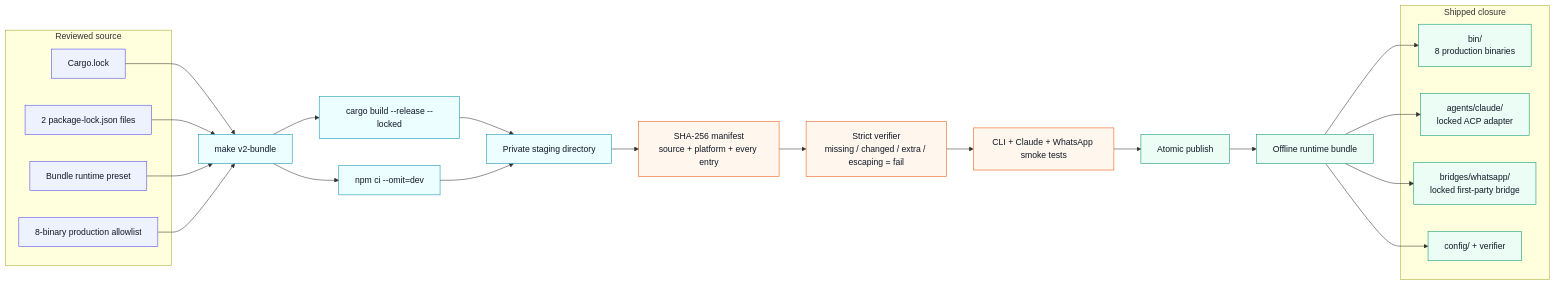
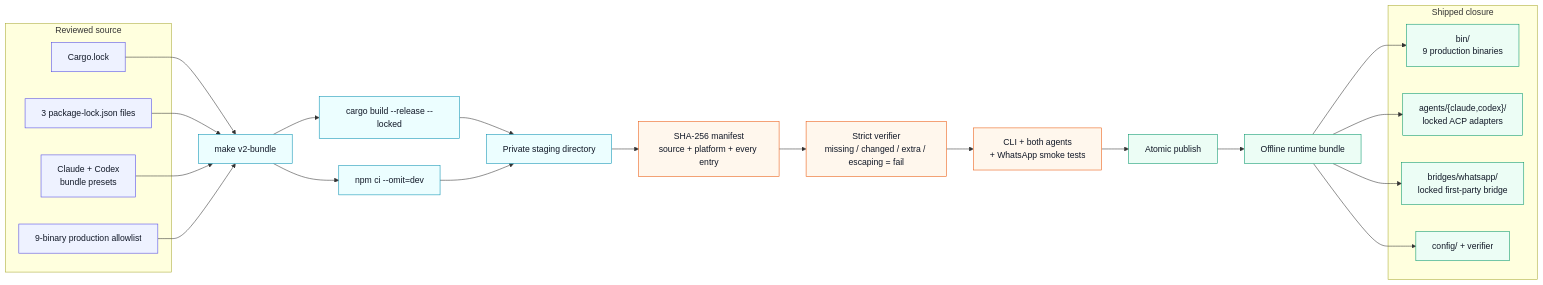
One commit to fontanierh/crab changed the diagram in v2/docs/runtime-bundle-flow.mmd. Above: the diagram before and after it, drawn with Mermaid. The commit also changed 12 other files, not shown here.

Commit message:
feat(v2): ship Codex in runtime bundle (#256)

```diff
--- a/v2/docs/runtime-bundle-flow.mmd
+++ b/v2/docs/runtime-bundle-flow.mmd
@@ -1,44 +1,44 @@
 flowchart LR
     subgraph SOURCE["Reviewed source"]
         CARGO["Cargo.lock"]
-        NPM["2 package-lock.json files"]
-        CONFIG["Bundle runtime preset"]
-        ALLOW["8-binary production allowlist"]
+        NPM["3 package-lock.json files"]
+        CONFIG["Claude + Codex<br/>bundle presets"]
+        ALLOW["9-binary production allowlist"]
     end
 
     BUILD["make v2-bundle"]
     CARGO --> BUILD
     NPM --> BUILD
     CONFIG --> BUILD
     ALLOW --> BUILD
 
     BUILD --> RUST["cargo build --release --locked"]
     BUILD --> NODE["npm ci --omit=dev"]
     RUST --> STAGE["Private staging directory"]
     NODE --> STAGE
 
     STAGE --> MANIFEST["SHA-256 manifest\nsource + platform + every entry"]
     MANIFEST --> VERIFY["Strict verifier\nmissing / changed / extra / escaping = fail"]
-    VERIFY --> SMOKE["CLI + Claude + WhatsApp smoke tests"]
+    VERIFY --> SMOKE["CLI + both agents<br/>+ WhatsApp smoke tests"]
     SMOKE --> ATOMIC["Atomic publish"]
 
     ATOMIC --> BUNDLE["Offline runtime bundle"]
     subgraph CONTENTS["Shipped closure"]
-        BIN["bin/\n8 production binaries"]
-        AGENT["agents/claude/\nlocked ACP adapter"]
+        BIN["bin/\n9 production binaries"]
+        AGENT["agents/{claude,codex}/\nlocked ACP adapters"]
         BRIDGE["bridges/whatsapp/\nlocked first-party bridge"]
         CFG["config/ + verifier"]
     end
     BUNDLE --> BIN
     BUNDLE --> AGENT
     BUNDLE --> BRIDGE
     BUNDLE --> CFG
 
     classDef source fill:#eef2ff,stroke:#4f46e5,color:#111827;
     classDef action fill:#ecfeff,stroke:#0891b2,color:#111827;
     classDef failclosed fill:#fff7ed,stroke:#ea580c,color:#111827;
     classDef result fill:#ecfdf5,stroke:#059669,color:#111827;
     class CARGO,NPM,CONFIG,ALLOW source;
     class BUILD,RUST,NODE,STAGE action;
     class MANIFEST,VERIFY,SMOKE failclosed;
     class ATOMIC,BUNDLE,BIN,AGENT,BRIDGE,CFG result;
```
